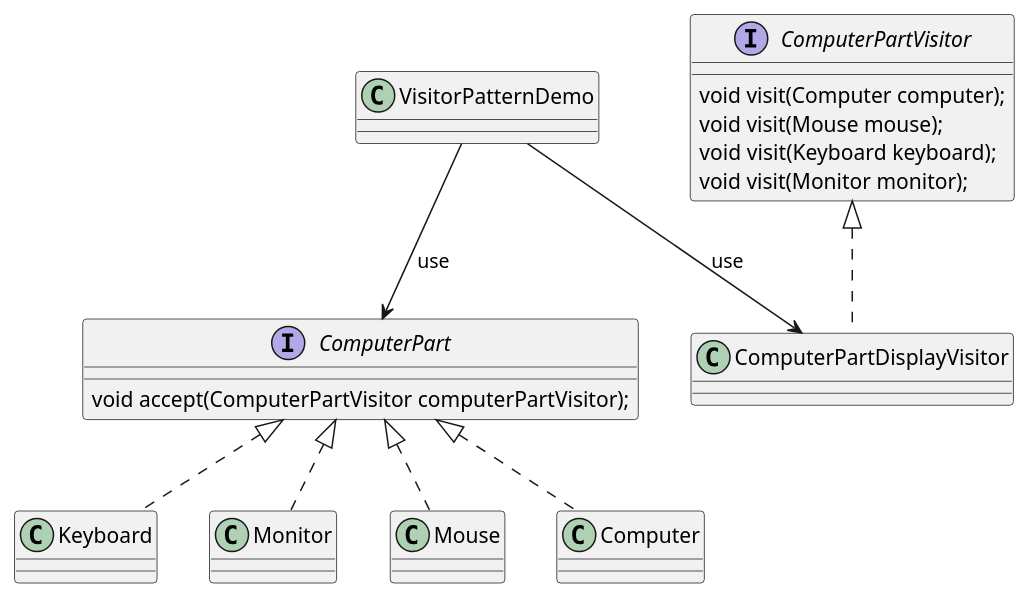
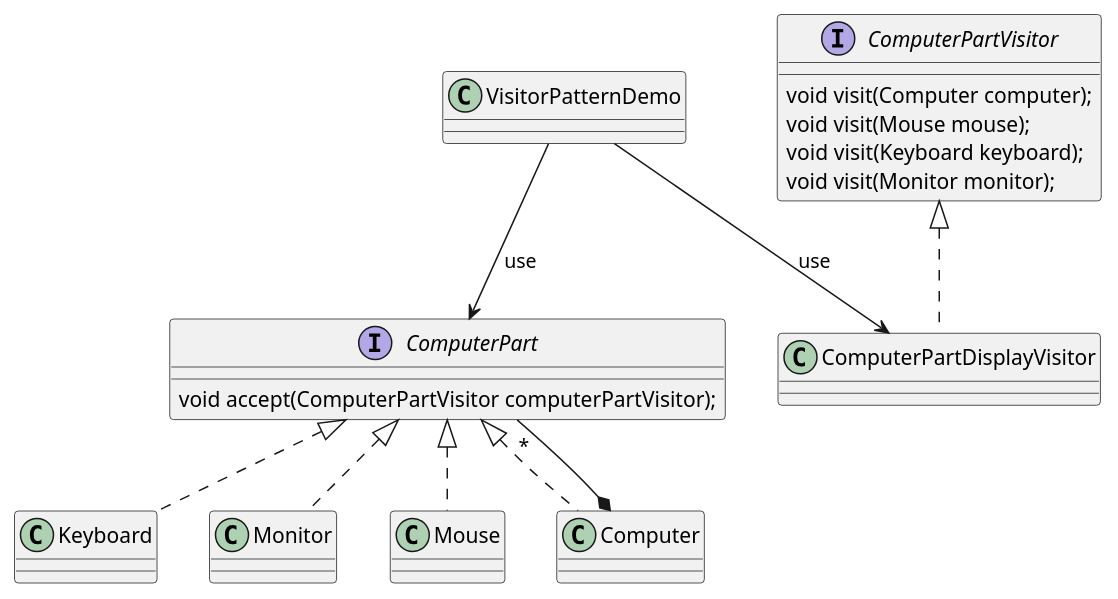
One commit to yvanross/LOG121-GOF-exemples changed the diagram in src/main/java/Visiteur/Computer/README.md. Above: the diagram before and after it, drawn with PlantUML. The commit also changed 38 other files, not shown here.

````diff
--- a/src/main/java/Visiteur/Computer/README.md
+++ b/src/main/java/Visiteur/Computer/README.md
@@ -6,23 +6,24 @@
 ```plantuml
 @startuml
 
 interface ComputerPart {
    void accept(ComputerPartVisitor computerPartVisitor);
 }
 class Keyboard implements ComputerPart 
 class Monitor implements ComputerPart 
 class Mouse implements ComputerPart 
 class Computer implements ComputerPart 
 interface ComputerPartVisitor {
 	void visit(Computer computer);
 	void visit(Mouse mouse);
 	void visit(Keyboard keyboard);
 	void visit(Monitor monitor);
 }
 class ComputerPartDisplayVisitor implements ComputerPartVisitor 
 class VisitorPatternDemo 
 
 VisitorPatternDemo --> ComputerPartDisplayVisitor: use
 VisitorPatternDemo --> ComputerPart: use
+Computer *-- "*" ComputerPart
 @enduml
 ```
````
